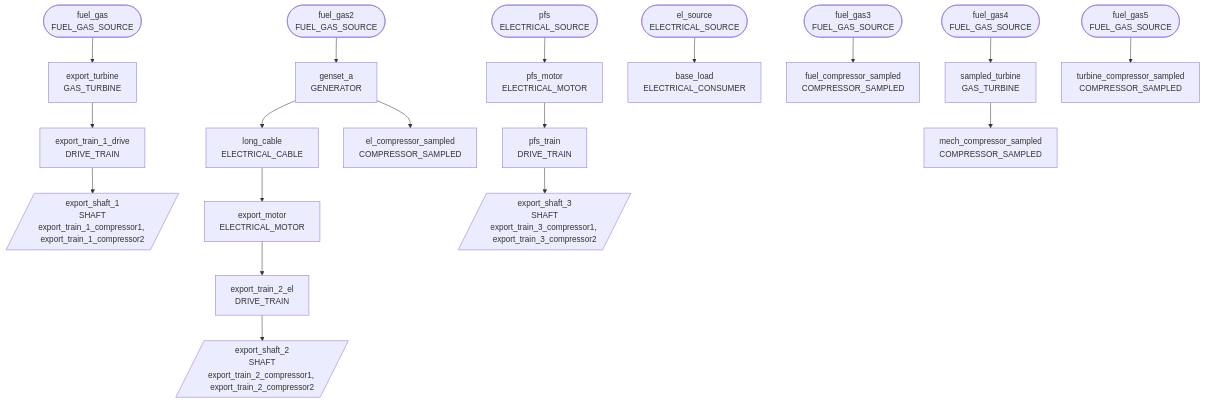
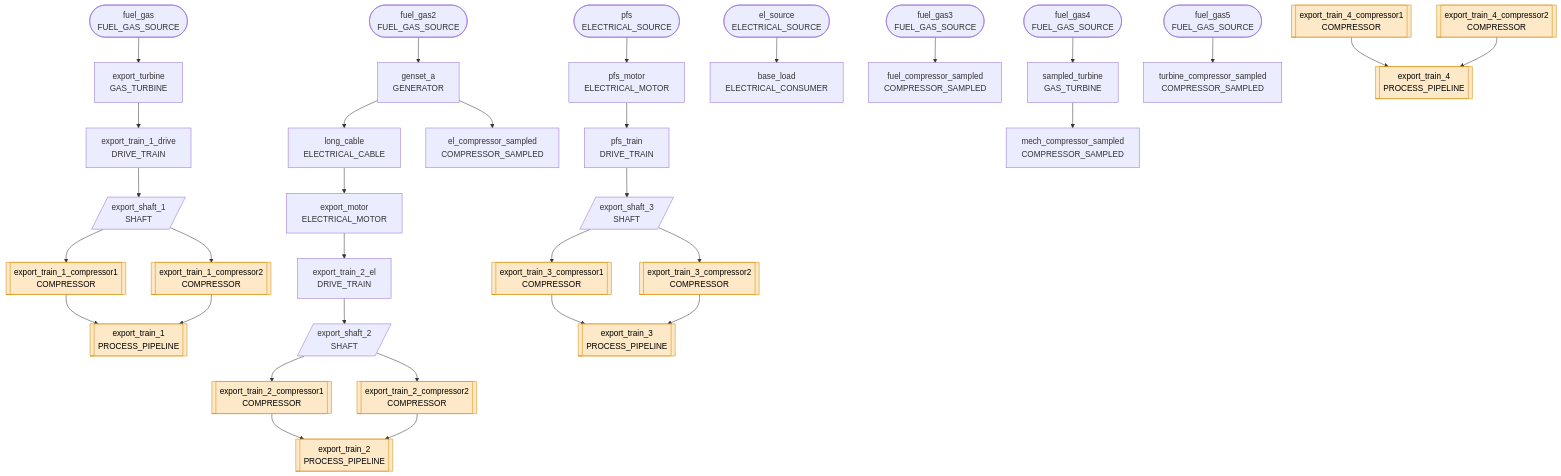
The diagram in docs/docs/about/nextgen/examples/v4.mdx (equinor/ecalc), drawn with Mermaid before and after one commit. The commit also changed other lines of this file and 3 other files, not shown here.

````diff
--- a/docs/docs/about/nextgen/examples/v4.mdx
+++ b/docs/docs/about/nextgen/examples/v4.mdx
@@ -23,44 +23,72 @@
 ```mermaid
 graph TD
     fuel_gas(["fuel_gas<br/>FUEL_GAS_SOURCE"])
     fuel_gas2(["fuel_gas2<br/>FUEL_GAS_SOURCE"])
     fuel_gas3(["fuel_gas3<br/>FUEL_GAS_SOURCE"])
     fuel_gas4(["fuel_gas4<br/>FUEL_GAS_SOURCE"])
     fuel_gas5(["fuel_gas5<br/>FUEL_GAS_SOURCE"])
     el_source(["el_source<br/>ELECTRICAL_SOURCE"])
     pfs(["pfs<br/>ELECTRICAL_SOURCE"])
     export_turbine["export_turbine<br/>GAS_TURBINE"]
     genset_a["genset_a<br/>GENERATOR"]
     long_cable["long_cable<br/>ELECTRICAL_CABLE"]
     export_motor["export_motor<br/>ELECTRICAL_MOTOR"]
     export_train_1_drive["export_train_1_drive<br/>DRIVE_TRAIN"]
     export_train_2_el["export_train_2_el<br/>DRIVE_TRAIN"]
     pfs_motor["pfs_motor<br/>ELECTRICAL_MOTOR"]
     pfs_train["pfs_train<br/>DRIVE_TRAIN"]
     base_load["base_load<br/>ELECTRICAL_CONSUMER"]
     el_compressor_sampled["el_compressor_sampled<br/>COMPRESSOR_SAMPLED"]
     fuel_compressor_sampled["fuel_compressor_sampled<br/>COMPRESSOR_SAMPLED"]
     sampled_turbine["sampled_turbine<br/>GAS_TURBINE"]
     mech_compressor_sampled["mech_compressor_sampled<br/>COMPRESSOR_SAMPLED"]
     turbine_compressor_sampled["turbine_compressor_sampled<br/>COMPRESSOR_SAMPLED"]
-    shaft_export_shaft_1[/"export_shaft_1<br/>SHAFT<br/>export_train_1_compressor1, export_train_1_compressor2"/]
-    shaft_export_shaft_2[/"export_shaft_2<br/>SHAFT<br/>export_train_2_compressor1, export_train_2_compressor2"/]
-    shaft_export_shaft_3[/"export_shaft_3<br/>SHAFT<br/>export_train_3_compressor1, export_train_3_compressor2"/]
+    shaft_export_shaft_1[/"export_shaft_1<br/>SHAFT"/]
+    shaft_export_shaft_2[/"export_shaft_2<br/>SHAFT"/]
+    shaft_export_shaft_3[/"export_shaft_3<br/>SHAFT"/]
+    compressor_export_train_1_compressor1[["export_train_1_compressor1<br/>COMPRESSOR"]]
+    compressor_export_train_1_compressor2[["export_train_1_compressor2<br/>COMPRESSOR"]]
+    compressor_export_train_2_compressor1[["export_train_2_compressor1<br/>COMPRESSOR"]]
+    compressor_export_train_2_compressor2[["export_train_2_compressor2<br/>COMPRESSOR"]]
+    compressor_export_train_3_compressor1[["export_train_3_compressor1<br/>COMPRESSOR"]]
+    compressor_export_train_3_compressor2[["export_train_3_compressor2<br/>COMPRESSOR"]]
+    compressor_export_train_4_compressor1[["export_train_4_compressor1<br/>COMPRESSOR"]]
+    compressor_export_train_4_compressor2[["export_train_4_compressor2<br/>COMPRESSOR"]]
+    pipeline_export_train_1[["export_train_1<br/>PROCESS_PIPELINE"]]
+    pipeline_export_train_2[["export_train_2<br/>PROCESS_PIPELINE"]]
+    pipeline_export_train_3[["export_train_3<br/>PROCESS_PIPELINE"]]
+    pipeline_export_train_4[["export_train_4<br/>PROCESS_PIPELINE"]]
     fuel_gas --> export_turbine
     fuel_gas2 --> genset_a
     genset_a --> long_cable
     long_cable --> export_motor
     export_turbine --> export_train_1_drive
     export_motor --> export_train_2_el
     pfs --> pfs_motor
     pfs_motor --> pfs_train
     el_source --> base_load
     genset_a --> el_compressor_sampled
     fuel_gas3 --> fuel_compressor_sampled
     fuel_gas4 --> sampled_turbine
     sampled_turbine --> mech_compressor_sampled
     fuel_gas5 --> turbine_compressor_sampled
     export_train_1_drive --> shaft_export_shaft_1
     export_train_2_el --> shaft_export_shaft_2
     pfs_train --> shaft_export_shaft_3
+    shaft_export_shaft_1 --> compressor_export_train_1_compressor1
+    shaft_export_shaft_1 --> compressor_export_train_1_compressor2
+    shaft_export_shaft_2 --> compressor_export_train_2_compressor1
+    shaft_export_shaft_2 --> compressor_export_train_2_compressor2
+    shaft_export_shaft_3 --> compressor_export_train_3_compressor1
+    shaft_export_shaft_3 --> compressor_export_train_3_compressor2
+    compressor_export_train_1_compressor1 --> pipeline_export_train_1
+    compressor_export_train_1_compressor2 --> pipeline_export_train_1
+    compressor_export_train_2_compressor1 --> pipeline_export_train_2
+    compressor_export_train_2_compressor2 --> pipeline_export_train_2
+    compressor_export_train_3_compressor1 --> pipeline_export_train_3
+    compressor_export_train_3_compressor2 --> pipeline_export_train_3
+    compressor_export_train_4_compressor1 --> pipeline_export_train_4
+    compressor_export_train_4_compressor2 --> pipeline_export_train_4
+    classDef process fill:#fde8c8,stroke:#d98a00,color:#000
+    class compressor_export_train_1_compressor1,compressor_export_train_1_compressor2,compressor_export_train_2_compressor1,compressor_export_train_2_compressor2,compressor_export_train_3_compressor1,compressor_export_train_3_compressor2,compressor_export_train_4_compressor1,compressor_export_train_4_compressor2,pipeline_export_train_1,pipeline_export_train_2,pipeline_export_train_3,pipeline_export_train_4 process
 ```
````
